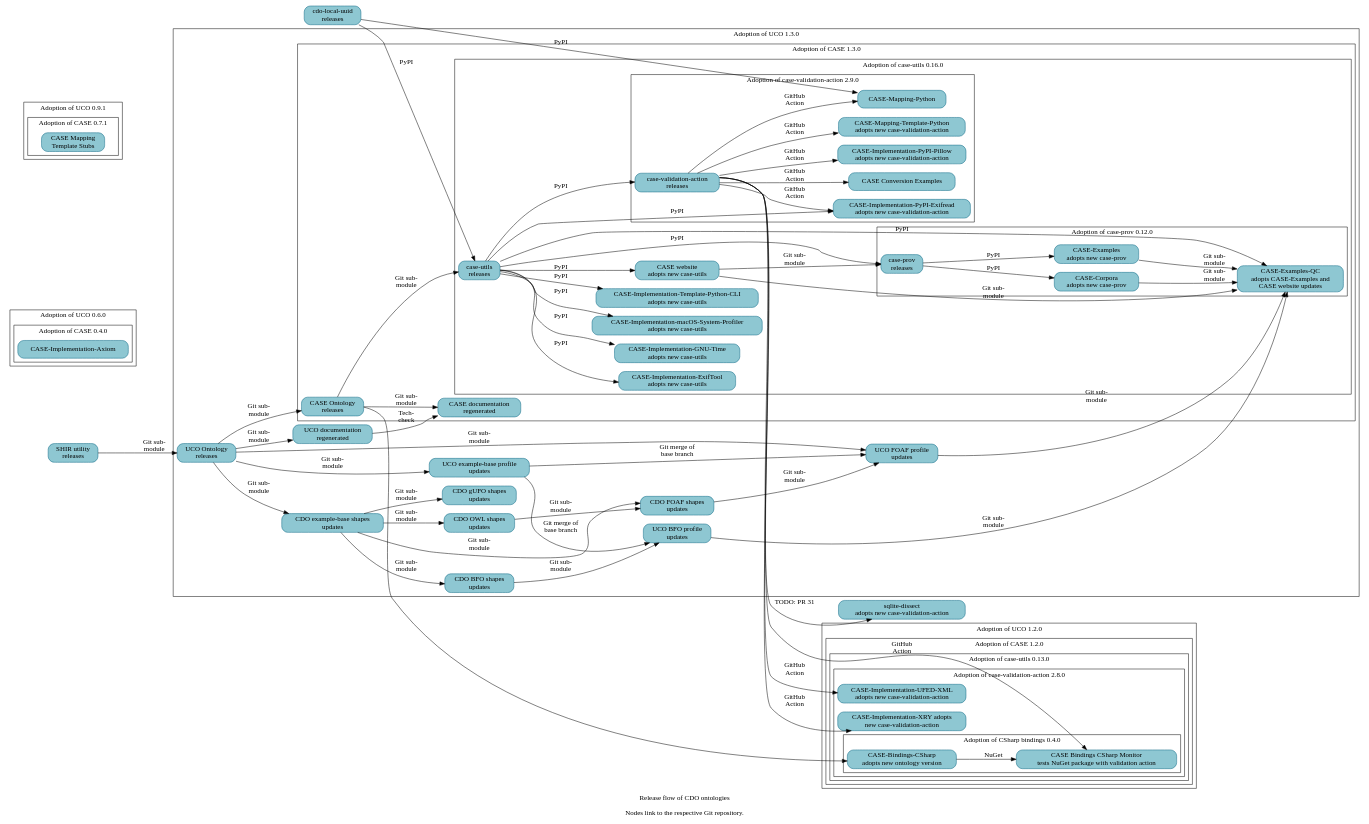
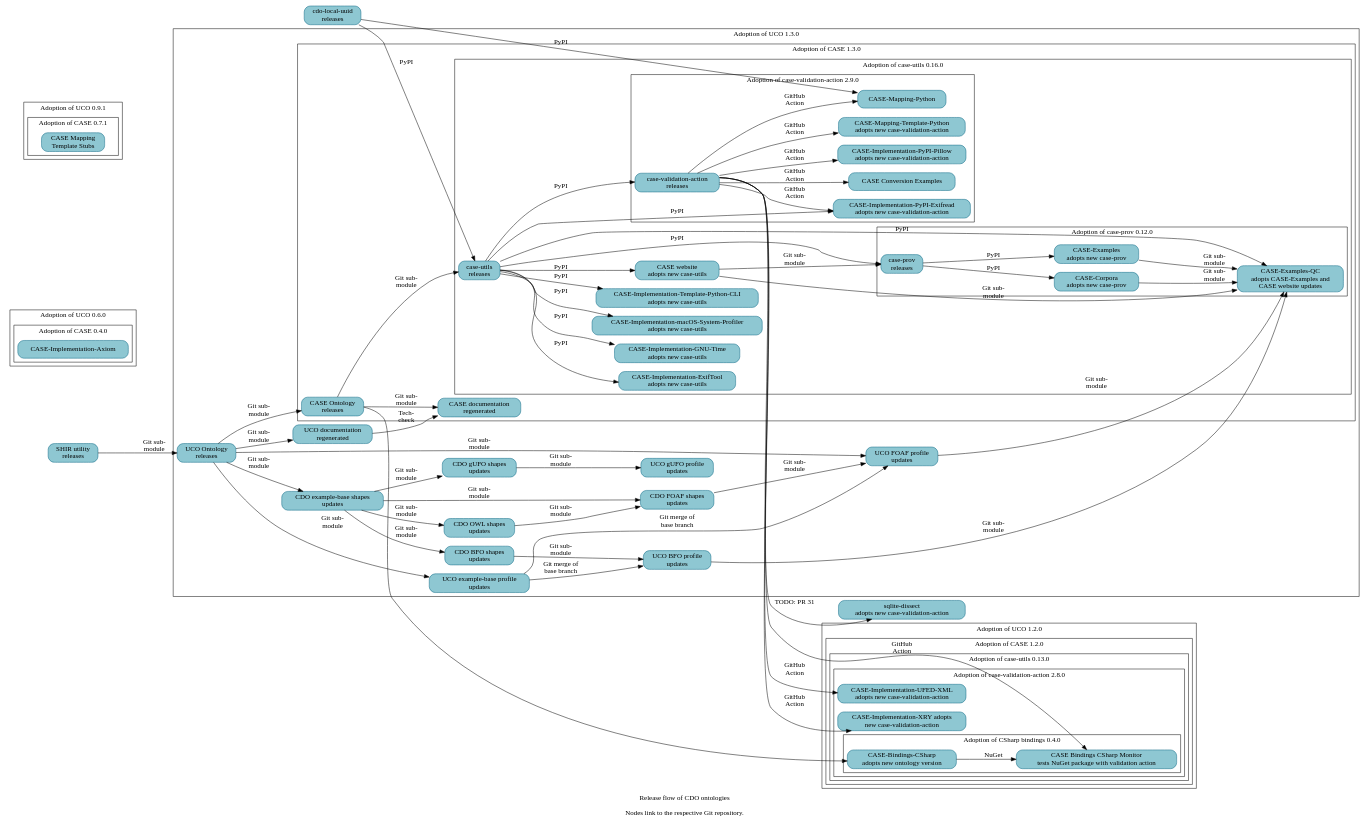
Before and after one commit to Cyber-Domain-Ontology/cdo.github.io: the diagram in resources/project_release_flow.dot, drawn with Graphviz.

Commit message:
Add UCO-Profile-gufo
A follow-on patch will regenerate Make-managed files.

```diff
--- a/resources/project_release_flow.dot
+++ b/resources/project_release_flow.dot
@@ -1,161 +1,162 @@
 digraph "cdo_release_flow" {
   label = "Release flow of CDO ontologies\n\nNodes link to the respective Git repository." ;
   rankdir = "LR" ;
   node [shape="rectangle" style="filled,rounded" fillcolor="#8EC7D2" color="#0D6986"] ;
 
   // Define nodes in their corresponding progress subgraph.
 
   _GH__CYBER_DOMAIN_ONTOLOGY__CDO_UTILITY_LOCAL_UUID [URL="https://github.com/Cyber-Domain-Ontology/CDO-Utility-Local-UUID" label="cdo-local-uuid\nreleases"] ;
 
   subgraph cluster_uco_0_6_0 {
     label = "Adoption of UCO 0.6.0" ;
 
     subgraph cluster_case_0_4_0 {
       label = "Adoption of CASE 0.4.0" ;
       _GH__CASEWORK__CASE_IMPLEMENTATION_AXIOM [URL="https://github.com/casework/CASE-Implementation-Axiom" label="CASE-Implementation-Axiom"] ;
     }
   }
 
   subgraph cluster_uco_0_9_1 {
     label = "Adoption of UCO 0.9.1" ;
 
     subgraph cluster_case_0_7_1 {
       label = "Adoption of CASE 0.7.1" ;
       _GH__CASEWORK__CASE_MAPPING_TEMPLATE_STUBS [URL="https://github.com/casework/CASE-Mapping-Template-Stubs" label="CASE Mapping\nTemplate Stubs"] ;
     }
   }
 
   subgraph cluster_uco_1_2_0 {
     label = "Adoption of UCO 1.2.0" ;
 
     subgraph cluster_case_1_2_0 {
       label = "Adoption of CASE 1.2.0" ;
 
       subgraph cluster_case_utils_0_13_0 {
         label = "Adoption of case-utils 0.13.0" ;
 
         subgraph cluster_case_validation_action_2_8_0 {
           label = "Adoption of case-validation-action 2.8.0" ;
 
           _GH__CASEWORK__CASE_IMPLEMENTATION_UFED_XML [URL="https://github.com/casework/CASE-Implementation-UFED-XML" label="CASE-Implementation-UFED-XML\nadopts new case-validation-action"] ;
           _GH__CASEWORK__CASE_IMPLEMENTATION_XRY [URL="https://github.com/casework/CASE-Implementation-XRY" label="CASE-Implementation-XRY adopts\nnew case-validation-action"] ;
 
           subgraph cluster_case_bindings_csharp_0_4_0 {
             label = "Adoption of CSharp bindings 0.4.0" ;
 
             _GH__CASEWORK__CASE_BINDINGS_CSHARP_MONITOR [URL="https://github.com/casework/CASE-Bindings-CSharp-Monitor" label="CASE Bindings CSharp Monitor\ntests NuGet package with validation action"] ;
             _GH__CIPHERTECHSOLUTIONS__CASE_BINDINGS_CSHARP [URL="https://github.com/ciphertechsolutions/CASE-Bindings-CSharp" label="CASE-Bindings-CSharp\nadopts new ontology version"] ;
           }
         }
       }
     }
   }
 
   subgraph cluster_uco_1_3_0 {
     label = "Adoption of UCO 1.3.0" ;
 
     _GH__CYBER_DOMAIN_ONTOLOGY__CDO_SHAPES_BFO [URL="https://github.com/Cyber-Domain-Ontology/CDO-Shapes-BFO" label="CDO BFO shapes\nupdates"] ;
     _GH__CYBER_DOMAIN_ONTOLOGY__CDO_SHAPES_EXAMPLE [URL="https://github.com/Cyber-Domain-Ontology/CDO-Shapes-Example" label="CDO example-base shapes\nupdates"] ;
     _GH__CYBER_DOMAIN_ONTOLOGY__CDO_SHAPES_FOAF [URL="https://github.com/Cyber-Domain-Ontology/CDO-Shapes-FOAF" label="CDO FOAF shapes\nupdates"] ;
     _GH__CYBER_DOMAIN_ONTOLOGY__CDO_SHAPES_GUFO [URL="https://github.com/Cyber-Domain-Ontology/CDO-Shapes-gufo" label="CDO gUFO shapes\nupdates"] ;
     _GH__CYBER_DOMAIN_ONTOLOGY__CDO_SHAPES_OWL [URL="https://github.com/Cyber-Domain-Ontology/CDO-Shapes-OWL" label="CDO OWL shapes\nupdates"] ;
     _GH__UCOPROJECT__ONTOLOGY_UNIFIEDCYBERONTOLOGY_ORG [URL="https://github.com/ucoProject/ontology.unifiedcyberontology.org" label="UCO documentation\nregenerated"] ;
     _GH__UCOPROJECT__UCO [URL="https://github.com/ucoProject/UCO" label="UCO Ontology\nreleases"] ;
     _GH__UCOPROJECT__UCO_PROFILE_BFO [URL="https://github.com/ucoProject/UCO-Profile-BFO" label="UCO BFO profile\nupdates"] ;
     _GH__UCOPROJECT__UCO_PROFILE_EXAMPLE [URL="https://github.com/ucoProject/UCO-Profile-Example" label="UCO example-base profile\nupdates"] ;
     _GH__UCOPROJECT__UCO_PROFILE_FOAF [URL="https://github.com/ucoProject/UCO-Profile-FOAF" label="UCO FOAF profile\nupdates"] ;
-
+    _GH__UCOPROJECT__UCO_PROFILE_GUFO [URL="https://github.com/ucoProject/UCO-Profile-gufo" label="UCO gUFO profile\nupdates"] ;
 
     subgraph cluster_case_1_2_0 {
       label = "Adoption of CASE 1.3.0" ;
 
       _GH__CASEWORK__CASE [URL="https://github.com/casework/CASE" label="CASE Ontology\nreleases"] ;
       _GH__CASEWORK__ONTOLOGY_CASEONTOLOGY_ORG [URL="https://github.com/casework/ontology.caseontology.org" label="CASE documentation\nregenerated"] ;
 
       subgraph cluster_case_utils_0_16_0 {
         label = "Adoption of case-utils 0.16.0" ;
 
         _GH__CASEWORK__CASE_IMPLEMENTATION_EXIFTOOL [URL="https://github.com/casework/CASE-Implementation-ExifTool" label="CASE-Implementation-ExifTool\nadopts new case-utils"] ;
         _GH__CASEWORK__CASE_IMPLEMENTATION_GNU_TIME [URL="https://github.com/casework/CASE-Implementation-GNU-Time" label="CASE-Implementation-GNU-Time\nadopts new case-utils"] ;
         _GH__CASEWORK__CASE_IMPLEMENTATION_MACOS_SYSTEM_PROFILER [URL="https://github.com/casework/CASE-Implementation-macOS-System-Profiler" label="CASE-Implementation-macOS-System-Profiler\nadopts new case-utils"] ;
         _GH__CASEWORK__CASE_IMPLEMENTATION_TEMPLATE_PYTHON_CLI [URL="https://github.com/casework/CASE-Implementation-Template-Python-CLI" label="CASE-Implementation-Template-Python-CLI\nadopts new case-utils"]
         _GH__CASEWORK__CASE_UTILITIES_PYTHON [URL="https://github.com/casework/CASE-Utilities-Python" label="case-utils\nreleases"] ;
         _GH__CASEWORK__CASEWORK_GITHUB_IO [URL="https://github.com/casework/casework.github.io" label="CASE website\nadopts new case-utils"] ;
 
         subgraph cluster_case_prov_0_12_0 {
           label = "Adoption of case-prov 0.12.0" ;
 
           _GH__AJNELSON_NIST__CASE_EXAMPLES_QC [URL="https://github.com/ajnelson-nist/CASE-Examples-QC" label="CASE-Examples-QC\nadopts CASE-Examples and\nCASE website updates"] ;
           _GH__CASEWORK__CASE_CORPORA [URL="https://github.com/casework/CASE-Corpora" label="CASE-Corpora\nadopts new case-prov"] ;
           _GH__CASEWORK__CASE_EXAMPLES [URL="https://github.com/casework/CASE-Examples" label="CASE-Examples\nadopts new case-prov"] ;
           _GH__CASEWORK__CASE_IMPLEMENTATION_PROV_O [URL="https://github.com/casework/CASE-Implementation-PROV-O" label="case-prov\nreleases"] ;
         }
 
         subgraph cluster_case_validation_action_2_9_0 {
           label = "Adoption of case-validation-action 2.9.0" ;
 
           _GH__CASEWORK__CASE_EXAMPLES_CONVERSION [URL="https://github.com/casework/CASE-Examples-Conversion" label="CASE Conversion Examples"] ;
           _GH__CASEWORK__CASE_IMPLEMENTATION_PYPI_EXIFREAD [URL="https://github.com/casework/CASE-Implementation-PyPI-Exifread" label="CASE-Implementation-PyPI-Exifread\nadopts new case-validation-action"] ;
           _GH__CASEWORK__CASE_IMPLEMENTATION_PYPI_PILLOW [URL="https://github.com/casework/CASE-Implementation-PyPI-Pillow" label="CASE-Implementation-PyPI-Pillow\nadopts new case-validation-action"] ;
           _GH__CASEWORK__CASE_MAPPING_PYTHON [URL="https://github.com/casework/CASE-Mapping-Python/" label="CASE-Mapping-Python"] ;
           _GH__CASEWORK__CASE_MAPPING_TEMPLATE_PYTHON [URL="https://github.com/casework/CASE-Mapping-Template-Python" label="CASE-Mapping-Template-Python\nadopts new case-validation-action"] ;
           _GH__KCHASON__CASE_VALIDATION_ACTION [URL="https://github.com/kchason/case-validation-action" label="case-validation-action\nreleases"] ;
         }
       }
     }
   }
 
   _GH__CASEWORK__CASE_UTILITY_SHACL_INHERITANCE_REVIEWER [URL="https://github.com/casework/CASE-Utility-SHACL-Inheritance-Reviewer" label="SHIR utility\nreleases"] ;
   _GH__DOD_CYBER_CRIME_CENTER__SQLITE_DISSECT [URL="https://github.com/dod-cyber-crime-center/sqlite-dissect" label="sqlite-dissect\nadopts new case-validation-action"] ;
 
   // Begin edges
 
   _GH__CASEWORK__CASEWORK_GITHUB_IO -> _GH__CASEWORK__CASE_IMPLEMENTATION_PROV_O [label="Git sub-\nmodule"] ;
   _GH__CASEWORK__CASE_CORPORA -> _GH__AJNELSON_NIST__CASE_EXAMPLES_QC [label="Git sub-\nmodule"] ;
   _GH__CASEWORK__CASE -> _GH__CASEWORK__CASE_UTILITIES_PYTHON [label="Git sub-\nmodule"] ;
   _GH__CASEWORK__CASE -> _GH__CIPHERTECHSOLUTIONS__CASE_BINDINGS_CSHARP ;
   _GH__CASEWORK__CASE -> _GH__CASEWORK__ONTOLOGY_CASEONTOLOGY_ORG [label="Git sub-\nmodule"] ; 
   _GH__CASEWORK__CASE_EXAMPLES -> _GH__AJNELSON_NIST__CASE_EXAMPLES_QC [label="Git sub-\nmodule"] ;
   _GH__CASEWORK__CASE_IMPLEMENTATION_PROV_O -> _GH__CASEWORK__CASE_CORPORA [label="PyPI"] ;
   _GH__CASEWORK__CASE_IMPLEMENTATION_PROV_O -> _GH__CASEWORK__CASE_EXAMPLES [label="PyPI"] ;
   _GH__CASEWORK__CASE_UTILITIES_PYTHON -> _GH__AJNELSON_NIST__CASE_EXAMPLES_QC [label="PyPI"] ;
   _GH__CASEWORK__CASE_UTILITIES_PYTHON -> _GH__CASEWORK__CASE_IMPLEMENTATION_EXIFTOOL [label="PyPI"] ;
   _GH__CASEWORK__CASE_UTILITIES_PYTHON -> _GH__CASEWORK__CASE_IMPLEMENTATION_GNU_TIME [label="PyPI"] ;
   _GH__CASEWORK__CASE_UTILITIES_PYTHON -> _GH__CASEWORK__CASE_IMPLEMENTATION_MACOS_SYSTEM_PROFILER [label="PyPI"] ;
   _GH__CASEWORK__CASE_UTILITIES_PYTHON -> _GH__CASEWORK__CASE_IMPLEMENTATION_PROV_O [label="PyPI"] ;
   _GH__CASEWORK__CASE_UTILITIES_PYTHON -> _GH__CASEWORK__CASE_IMPLEMENTATION_PYPI_EXIFREAD [label="PyPI"] ;
   _GH__CASEWORK__CASE_UTILITIES_PYTHON -> _GH__CASEWORK__CASE_IMPLEMENTATION_TEMPLATE_PYTHON_CLI [label="PyPI"];
   _GH__CASEWORK__CASE_UTILITIES_PYTHON -> _GH__KCHASON__CASE_VALIDATION_ACTION [label="PyPI"] ;
   _GH__CASEWORK__CASE_UTILITIES_PYTHON -> _GH__CASEWORK__CASEWORK_GITHUB_IO [label="PyPI"] ;
   _GH__CASEWORK__CASE_UTILITY_SHACL_INHERITANCE_REVIEWER -> _GH__UCOPROJECT__UCO [label="Git sub-\nmodule"] ;
   _GH__CASEWORK__CASEWORK_GITHUB_IO -> _GH__AJNELSON_NIST__CASE_EXAMPLES_QC [label="Git sub-\nmodule"] ;
   _GH__CIPHERTECHSOLUTIONS__CASE_BINDINGS_CSHARP -> _GH__CASEWORK__CASE_BINDINGS_CSHARP_MONITOR [label="NuGet"] ;
   _GH__CYBER_DOMAIN_ONTOLOGY__CDO_UTILITY_LOCAL_UUID -> _GH__CASEWORK__CASE_MAPPING_PYTHON [label="PyPI"] ;
   _GH__CYBER_DOMAIN_ONTOLOGY__CDO_UTILITY_LOCAL_UUID -> _GH__CASEWORK__CASE_UTILITIES_PYTHON [label="PyPI"] ;
   _GH__CYBER_DOMAIN_ONTOLOGY__CDO_SHAPES_BFO -> _GH__UCOPROJECT__UCO_PROFILE_BFO [label="Git sub-\nmodule"] ;
   _GH__CYBER_DOMAIN_ONTOLOGY__CDO_SHAPES_EXAMPLE -> _GH__CYBER_DOMAIN_ONTOLOGY__CDO_SHAPES_BFO [label="Git sub-\nmodule"] ;
   _GH__CYBER_DOMAIN_ONTOLOGY__CDO_SHAPES_EXAMPLE -> _GH__CYBER_DOMAIN_ONTOLOGY__CDO_SHAPES_FOAF [label="Git sub-\nmodule"] ;
   _GH__CYBER_DOMAIN_ONTOLOGY__CDO_SHAPES_EXAMPLE -> _GH__CYBER_DOMAIN_ONTOLOGY__CDO_SHAPES_GUFO [label="Git sub-\nmodule"] ;
   _GH__CYBER_DOMAIN_ONTOLOGY__CDO_SHAPES_EXAMPLE -> _GH__CYBER_DOMAIN_ONTOLOGY__CDO_SHAPES_OWL [label="Git sub-\nmodule"] ;
   _GH__CYBER_DOMAIN_ONTOLOGY__CDO_SHAPES_FOAF -> _GH__UCOPROJECT__UCO_PROFILE_FOAF [label="Git sub-\nmodule"] ;
+  _GH__CYBER_DOMAIN_ONTOLOGY__CDO_SHAPES_GUFO -> _GH__UCOPROJECT__UCO_PROFILE_GUFO [label="Git sub-\nmodule"] ;
   _GH__CYBER_DOMAIN_ONTOLOGY__CDO_SHAPES_OWL -> _GH__CYBER_DOMAIN_ONTOLOGY__CDO_SHAPES_FOAF [label="Git sub-\nmodule"] ;
   _GH__KCHASON__CASE_VALIDATION_ACTION -> _GH__CASEWORK__CASE_BINDINGS_CSHARP_MONITOR [label="GitHub\nAction"] ;
   _GH__KCHASON__CASE_VALIDATION_ACTION -> _GH__CASEWORK__CASE_EXAMPLES_CONVERSION [label="GitHub\nAction"];
   _GH__KCHASON__CASE_VALIDATION_ACTION -> _GH__CASEWORK__CASE_IMPLEMENTATION_PYPI_EXIFREAD [label="GitHub\nAction"] ;
   _GH__KCHASON__CASE_VALIDATION_ACTION -> _GH__CASEWORK__CASE_IMPLEMENTATION_PYPI_PILLOW [label="GitHub\nAction"] ;
   _GH__KCHASON__CASE_VALIDATION_ACTION -> _GH__CASEWORK__CASE_IMPLEMENTATION_UFED_XML [label="GitHub\nAction"] ;
   _GH__KCHASON__CASE_VALIDATION_ACTION -> _GH__CASEWORK__CASE_IMPLEMENTATION_XRY [label="GitHub\nAction"] ;
   _GH__KCHASON__CASE_VALIDATION_ACTION -> _GH__CASEWORK__CASE_MAPPING_PYTHON [label="GitHub\nAction"] ;
   _GH__KCHASON__CASE_VALIDATION_ACTION -> _GH__CASEWORK__CASE_MAPPING_TEMPLATE_PYTHON [label="GitHub\nAction"] ;
   _GH__KCHASON__CASE_VALIDATION_ACTION -> _GH__DOD_CYBER_CRIME_CENTER__SQLITE_DISSECT [URL="https://github.com/dod-cyber-crime-center/sqlite-dissect/pull/31" label="TODO: PR 31"] ;
   _GH__UCOPROJECT__ONTOLOGY_UNIFIEDCYBERONTOLOGY_ORG -> _GH__CASEWORK__ONTOLOGY_CASEONTOLOGY_ORG [label="Tech-\ncheck"];
   _GH__UCOPROJECT__UCO -> _GH__CASEWORK__CASE [label="Git sub-\nmodule"] ;
   _GH__UCOPROJECT__UCO -> _GH__CYBER_DOMAIN_ONTOLOGY__CDO_SHAPES_EXAMPLE [label="Git sub-\nmodule"] ;
   _GH__UCOPROJECT__UCO -> _GH__UCOPROJECT__ONTOLOGY_UNIFIEDCYBERONTOLOGY_ORG [label="Git sub-\nmodule"] ;
   _GH__UCOPROJECT__UCO -> _GH__UCOPROJECT__UCO_PROFILE_EXAMPLE [label="Git sub-\nmodule"] ;
   _GH__UCOPROJECT__UCO -> _GH__UCOPROJECT__UCO_PROFILE_FOAF [label="Git sub-\nmodule"] ;
   _GH__UCOPROJECT__UCO_PROFILE_BFO -> _GH__AJNELSON_NIST__CASE_EXAMPLES_QC [label="Git sub-\nmodule"] ;
   _GH__UCOPROJECT__UCO_PROFILE_EXAMPLE -> _GH__UCOPROJECT__UCO_PROFILE_BFO [label="Git merge of\nbase branch"] ;
   _GH__UCOPROJECT__UCO_PROFILE_EXAMPLE -> _GH__UCOPROJECT__UCO_PROFILE_FOAF [label="Git merge of\nbase branch"] ;
   _GH__UCOPROJECT__UCO_PROFILE_FOAF -> _GH__AJNELSON_NIST__CASE_EXAMPLES_QC [label="Git sub-\nmodule"] ;
 }
```
